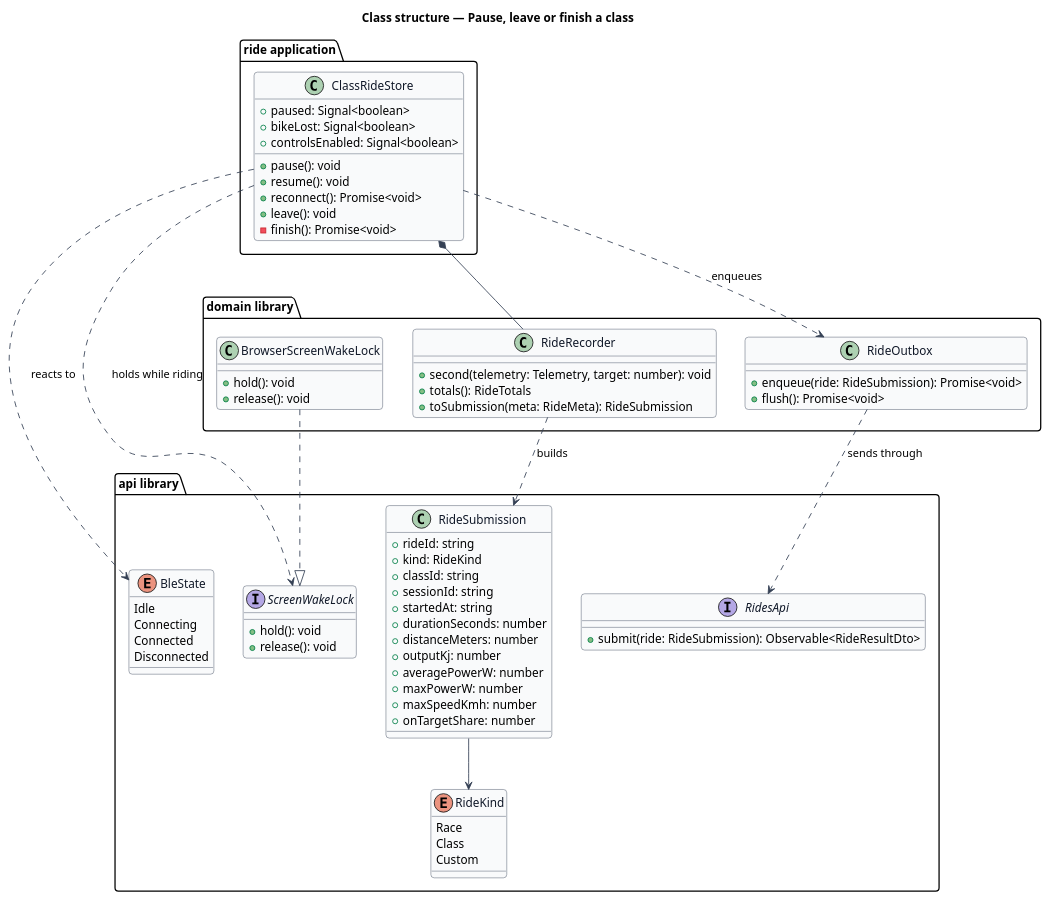
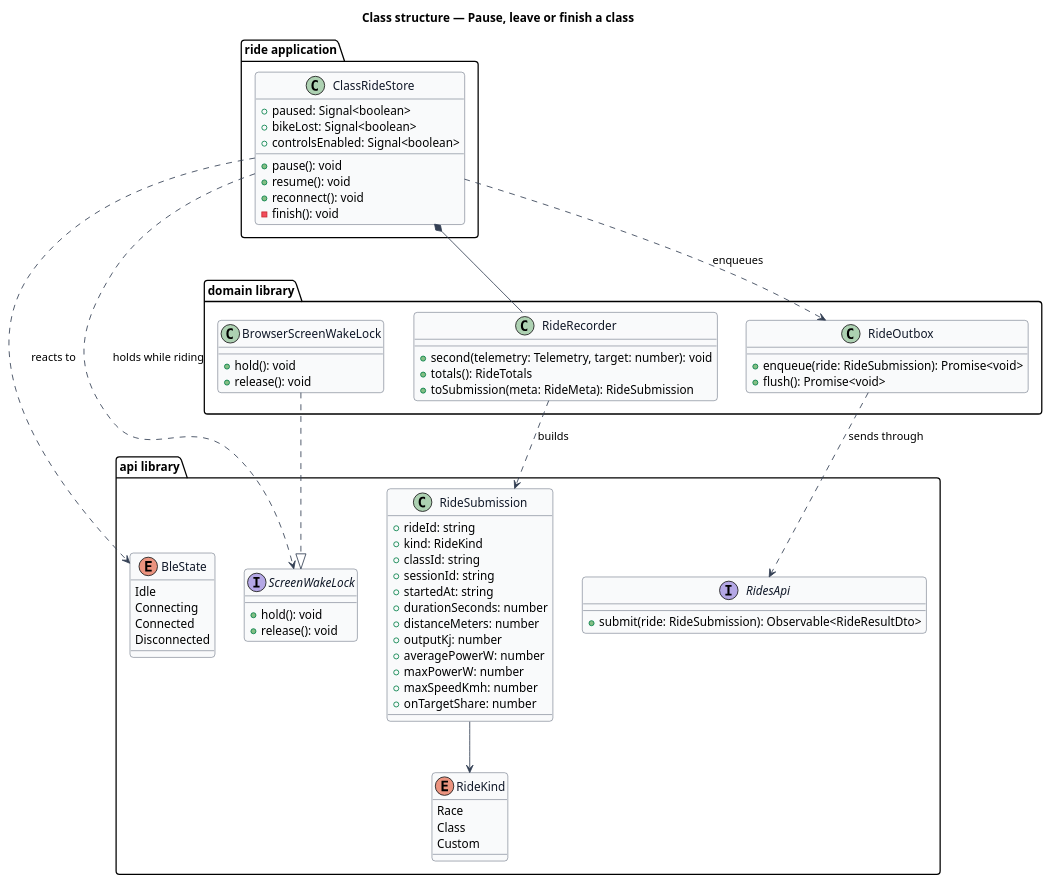
Before and after one commit to QuinntyneBrown/ride-one: the diagram in docs/detailed-designs/classes/pause-leave-or-finish-a-class/diagrams/class-structure.puml, drawn with PlantUML. The commit also changed 6 other files, not shown here.

First line of the commit message:
Bring the pause, leave and finish design in line with what was built

```diff
--- a/docs/detailed-designs/classes/pause-leave-or-finish-a-class/diagrams/class-structure.puml
+++ b/docs/detailed-designs/classes/pause-leave-or-finish-a-class/diagrams/class-structure.puml
@@ -1,85 +1,84 @@
 @startuml
 ' --- shared skin header ---
 skinparam backgroundColor #FFFFFF
 skinparam shadowing false
 skinparam roundcorner 8
 skinparam defaultFontName Arial
 skinparam ArrowColor #344054
 skinparam class {
   BorderColor #344054
   FontColor #101828
   BackgroundColor #F9FAFB
 }
 ' --------------------------
 title Class structure — Pause, leave or finish a class
 
 package "api library" {
   enum BleState {
     Idle
     Connecting
     Connected
     Disconnected
   }
   interface ScreenWakeLock {
     +hold(): void
     +release(): void
   }
   class RideSubmission {
     +rideId: string
     +kind: RideKind
     +classId: string
     +sessionId: string
     +startedAt: string
     +durationSeconds: number
     +distanceMeters: number
     +outputKj: number
     +averagePowerW: number
     +maxPowerW: number
     +maxSpeedKmh: number
     +onTargetShare: number
   }
   enum RideKind {
     Race
     Class
     Custom
   }
   interface RidesApi {
     +submit(ride: RideSubmission): Observable<RideResultDto>
   }
 }
 package "domain library" {
   class RideRecorder {
     +second(telemetry: Telemetry, target: number): void
     +totals(): RideTotals
     +toSubmission(meta: RideMeta): RideSubmission
   }
   class BrowserScreenWakeLock {
     +hold(): void
     +release(): void
   }
   class RideOutbox {
     +enqueue(ride: RideSubmission): Promise<void>
     +flush(): Promise<void>
   }
 }
 package "ride application" {
   class ClassRideStore {
     +paused: Signal<boolean>
     +bikeLost: Signal<boolean>
     +controlsEnabled: Signal<boolean>
     +pause(): void
     +resume(): void
-    +reconnect(): Promise<void>
-    +leave(): void
-    -finish(): Promise<void>
+    +reconnect(): void
+    -finish(): void
   }
 }
 ClassRideStore ..> BleState : reacts to
 ClassRideStore ..> ScreenWakeLock : holds while riding
 BrowserScreenWakeLock ..|> ScreenWakeLock
 ClassRideStore *-- RideRecorder
 ClassRideStore ..> RideOutbox : enqueues
 RideRecorder ..> RideSubmission : builds
 RideSubmission --> RideKind
 RideOutbox ..> RidesApi : sends through
 @enduml
```
